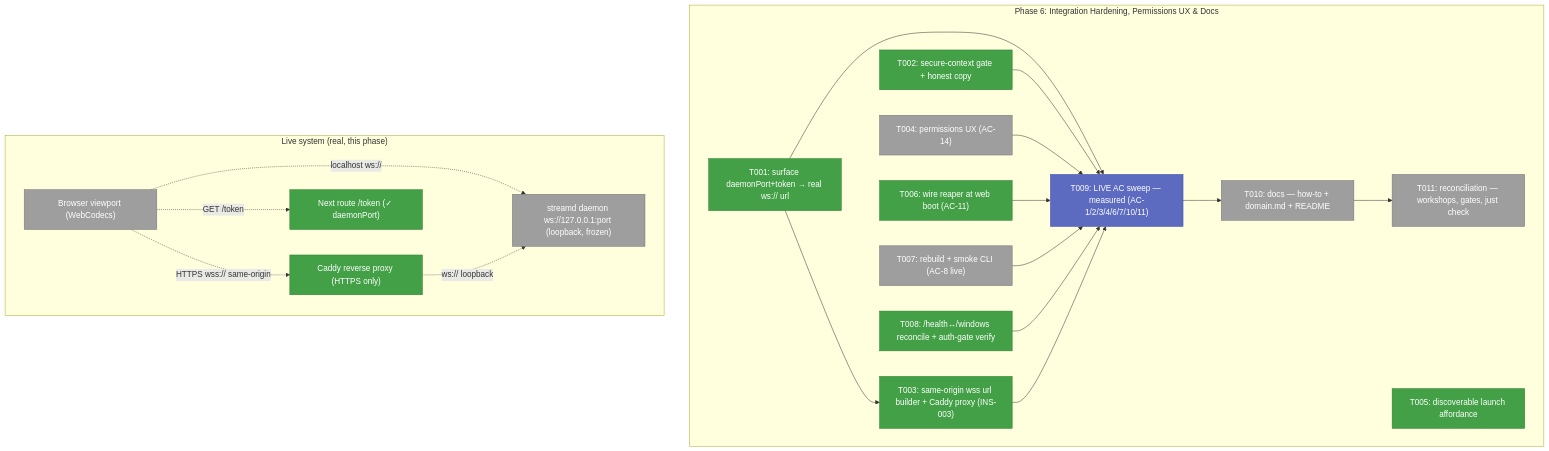
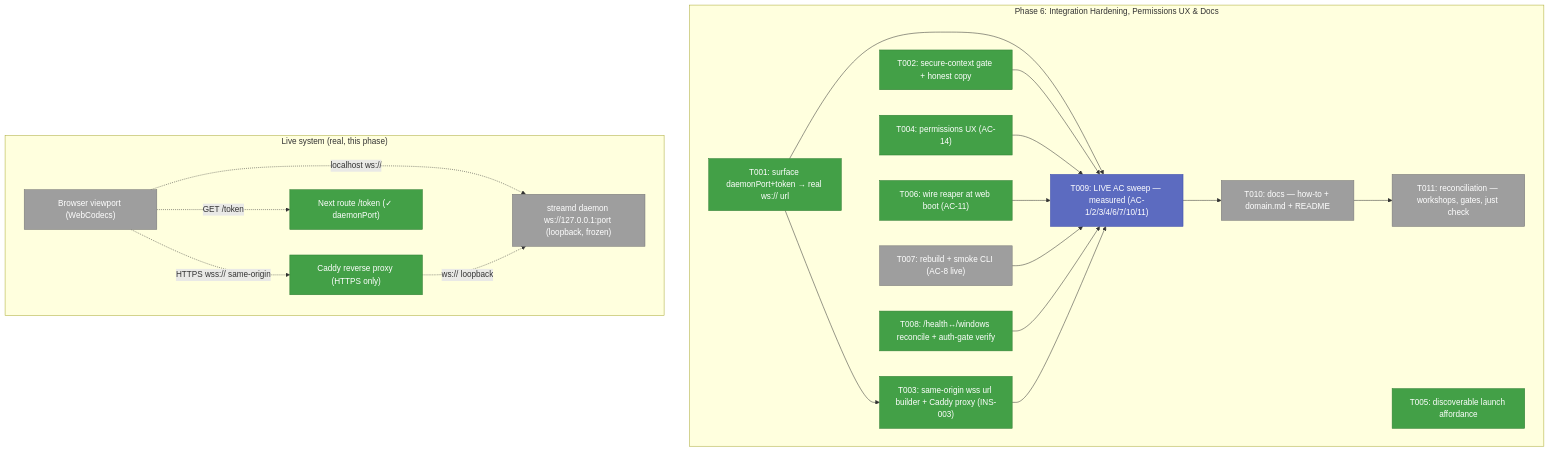
One commit to AI-Substrate/chainglass changed the first of 3 diagrams in docs/plans/088-remote-app-view/tasks/phase-6-integration-hardening-permissions-ux-docs/tasks.md. Above: the diagram before and after it, drawn with Mermaid. The commit also changed other lines of this file and 1 other file, not shown here.

Commit message:
docs(remote-view): T004 permissions UX complete — tasks.md + execution log (Plan 088 Phase 6)

````diff
--- a/docs/plans/088-remote-app-view/tasks/phase-6-integration-hardening-permissions-ux-docs/tasks.md
+++ b/docs/plans/088-remote-app-view/tasks/phase-6-integration-hardening-permissions-ux-docs/tasks.md
@@ -97,42 +97,42 @@
 ```mermaid
 flowchart TD
     classDef pending fill:#9E9E9E,stroke:#757575,color:#fff
     classDef gate fill:#5C6BC0,stroke:#3949AB,color:#fff
     classDef completed fill:#43A047,stroke:#2E7D32,color:#fff
     classDef inprogress fill:#FB8C00,stroke:#EF6C00,color:#fff
 
     subgraph P6["Phase 6: Integration Hardening, Permissions UX & Docs"]
         T001["T001: surface daemonPort+token → real ws:// url"]:::completed
         T002["T002: secure-context gate + honest copy"]:::completed
         T003["T003: same-origin wss url builder + Caddy proxy (INS-003)"]:::completed
-        T004["T004: permissions UX (AC-14)"]:::pending
+        T004["T004: permissions UX (AC-14)"]:::completed
         T005["T005: discoverable launch affordance"]:::completed
         T006["T006: wire reaper at web boot (AC-11)"]:::completed
         T007["T007: rebuild + smoke CLI (AC-8 live)"]:::pending
         T008["T008: /health↔/windows reconcile + auth-gate verify"]:::completed
         T009["T009: LIVE AC sweep — measured (AC-1/2/3/4/6/7/10/11)"]:::gate
         T010["T010: docs — how-to + domain.md + README"]:::pending
         T011["T011: reconciliation — workshops, gates, just check"]:::pending
 
         T001 --> T003
         T001 --> T009
         T002 --> T009
         T004 --> T009
         T006 --> T009
         T007 --> T009
         T008 --> T009
         T003 --> T009
         T009 --> T010
         T010 --> T011
     end
 
     subgraph Live["Live system (real, this phase)"]
         BR["Browser viewport (WebCodecs)"]:::pending
         NX["Next route /token (✓ daemonPort)"]:::completed
         CX["Caddy reverse proxy (HTTPS only)"]:::completed
         DA["streamd daemon ws://127.0.0.1:port (loopback, frozen)"]:::pending
         BR -.localhost ws://.-> DA
         BR -.HTTPS wss:// same-origin.-> CX -.ws:// loopback.-> DA
         BR -.GET /token.-> NX
     end
 ```
````
